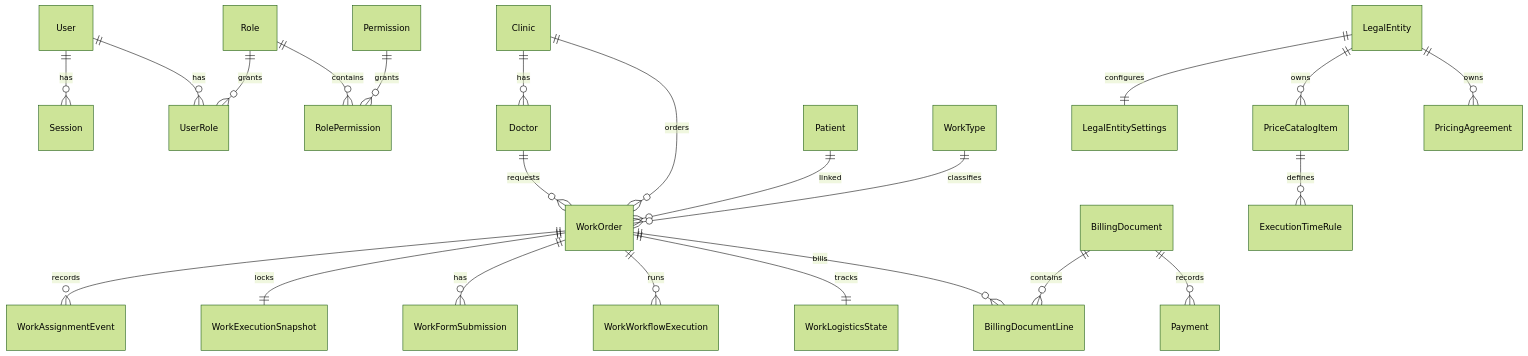
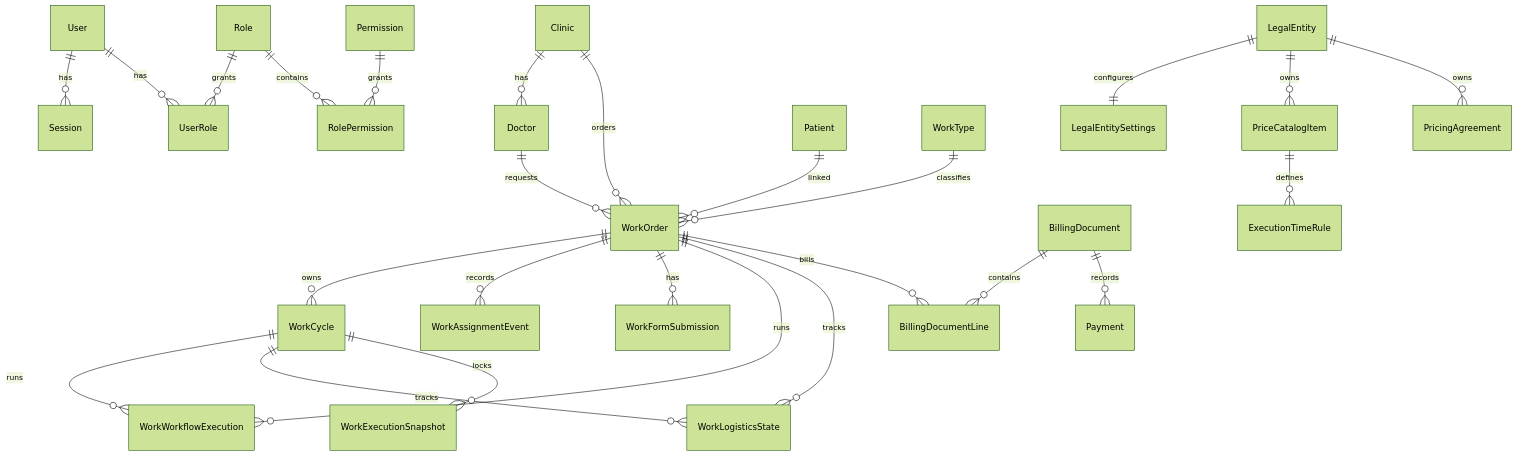
One commit to raychone/labo changed the diagram in docs/DOMAIN_MODEL.md. Above: the diagram before and after it, drawn with Mermaid (forest theme). The commit also changed other lines of this file and 40 other files, not shown here.

Commit message:
WORK-CYCLES-001A: add work cycle lifecycle foundation

````diff
--- a/docs/DOMAIN_MODEL.md
+++ b/docs/DOMAIN_MODEL.md
@@ -5,25 +5,28 @@
 ```mermaid
 erDiagram
   User ||--o{ Session : has
   User ||--o{ UserRole : has
   Role ||--o{ UserRole : grants
   Role ||--o{ RolePermission : contains
   Permission ||--o{ RolePermission : grants
   LegalEntity ||--|| LegalEntitySettings : configures
   Clinic ||--o{ Doctor : has
   Patient ||--o{ WorkOrder : linked
   Clinic ||--o{ WorkOrder : orders
   Doctor ||--o{ WorkOrder : requests
   WorkType ||--o{ WorkOrder : classifies
+  WorkOrder ||--o{ WorkCycle : owns
+  WorkCycle ||--o{ WorkWorkflowExecution : runs
+  WorkCycle ||--o{ WorkLogisticsState : tracks
   WorkOrder ||--o{ WorkAssignmentEvent : records
-  WorkOrder ||--|| WorkExecutionSnapshot : locks
+  WorkCycle ||--o{ WorkExecutionSnapshot : locks
   WorkOrder ||--o{ WorkFormSubmission : has
   WorkOrder ||--o{ WorkWorkflowExecution : runs
-  WorkOrder ||--|| WorkLogisticsState : tracks
+  WorkOrder ||--o{ WorkLogisticsState : tracks
   WorkOrder ||--o{ BillingDocumentLine : bills
   BillingDocument ||--o{ BillingDocumentLine : contains
   BillingDocument ||--o{ Payment : records
   LegalEntity ||--o{ PriceCatalogItem : owns
   PriceCatalogItem ||--o{ ExecutionTimeRule : defines
   LegalEntity ||--o{ PricingAgreement : owns
 ```
````
